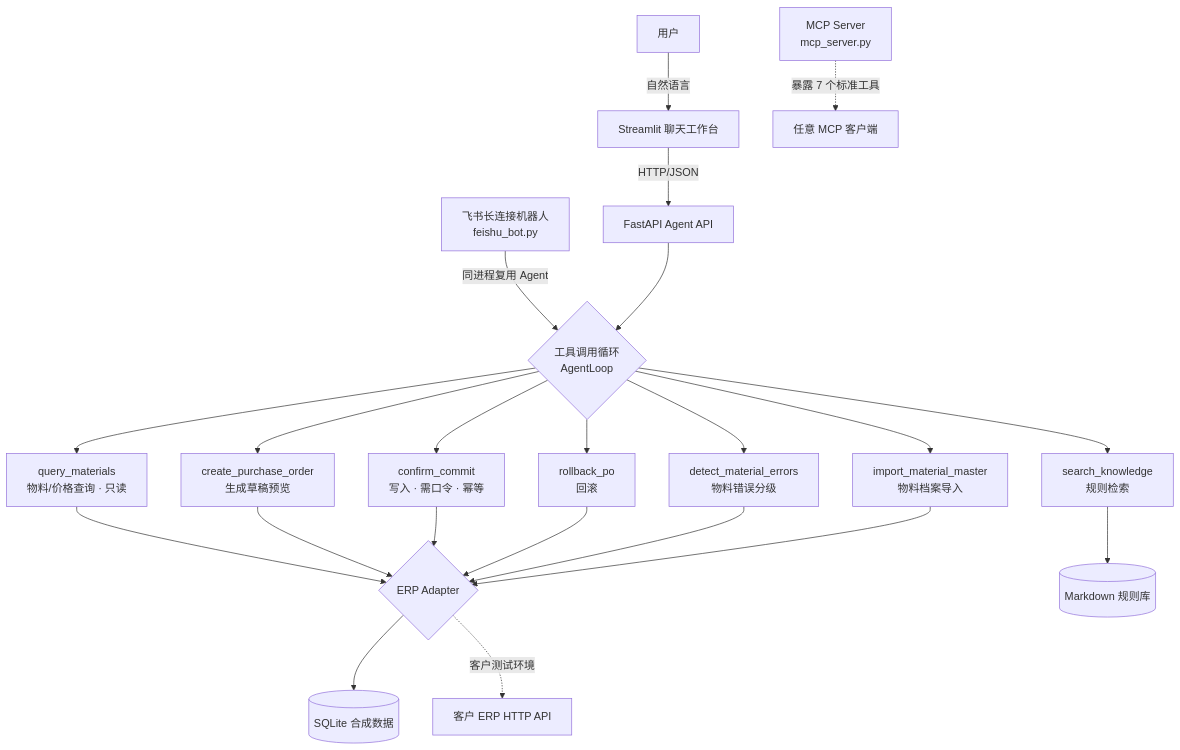
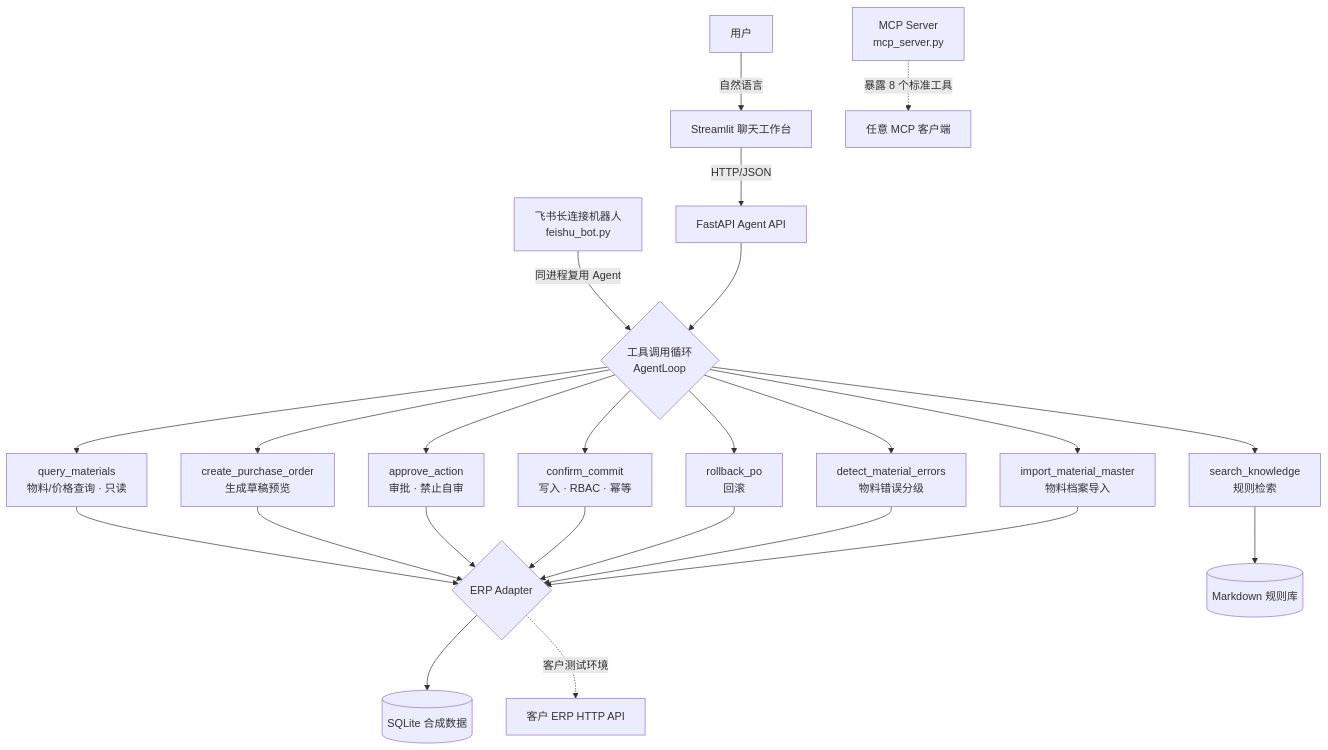
One commit to qiandewucimi-cpu/erp-procurement-agent changed the diagram in README.md. Above: the diagram before and after it, drawn with Mermaid. The commit also changed other lines of this file and 17 other files, not shown here.

````diff
--- a/README.md
+++ b/README.md
@@ -26,24 +26,26 @@
 ```mermaid
 flowchart TB
     U[用户] -->|自然语言| UI[Streamlit 聊天工作台]
     UI -->|HTTP/JSON| API[FastAPI Agent API]
     FS[飞书长连接机器人<br/>feishu_bot.py] -->|同进程复用 Agent| LOOP
     API --> LOOP{工具调用循环<br/>AgentLoop}
     LOOP --> SK[search_knowledge<br/>规则检索]
     LOOP --> QM[query_materials<br/>物料/价格查询 · 只读]
     LOOP --> CP[create_purchase_order<br/>生成草稿预览]
-    LOOP --> CC[confirm_commit<br/>写入 · 需口令 · 幂等]
+    LOOP --> AP[approve_action<br/>审批 · 禁止自审]
+    LOOP --> CC[confirm_commit<br/>写入 · RBAC · 幂等]
     LOOP --> RB[rollback_po<br/>回滚]
     LOOP --> DM[detect_material_errors<br/>物料错误分级]
     LOOP --> IM[import_material_master<br/>物料档案导入]
     QM --> ADAPTER{ERP Adapter}
     CP --> ADAPTER
+    AP --> ADAPTER
     CC --> ADAPTER
     RB --> ADAPTER
     DM --> ADAPTER
     IM --> ADAPTER
     ADAPTER --> DB[(SQLite 合成数据)]
     ADAPTER -.客户测试环境.-> HTTP[客户 ERP HTTP API]
     SK --> KB[(Markdown 规则库)]
-    MCP[MCP Server<br/>mcp_server.py] -.->|暴露 7 个标准工具| EXT[任意 MCP 客户端]
+    MCP[MCP Server<br/>mcp_server.py] -.->|暴露 8 个标准工具| EXT[任意 MCP 客户端]
 ```
````
